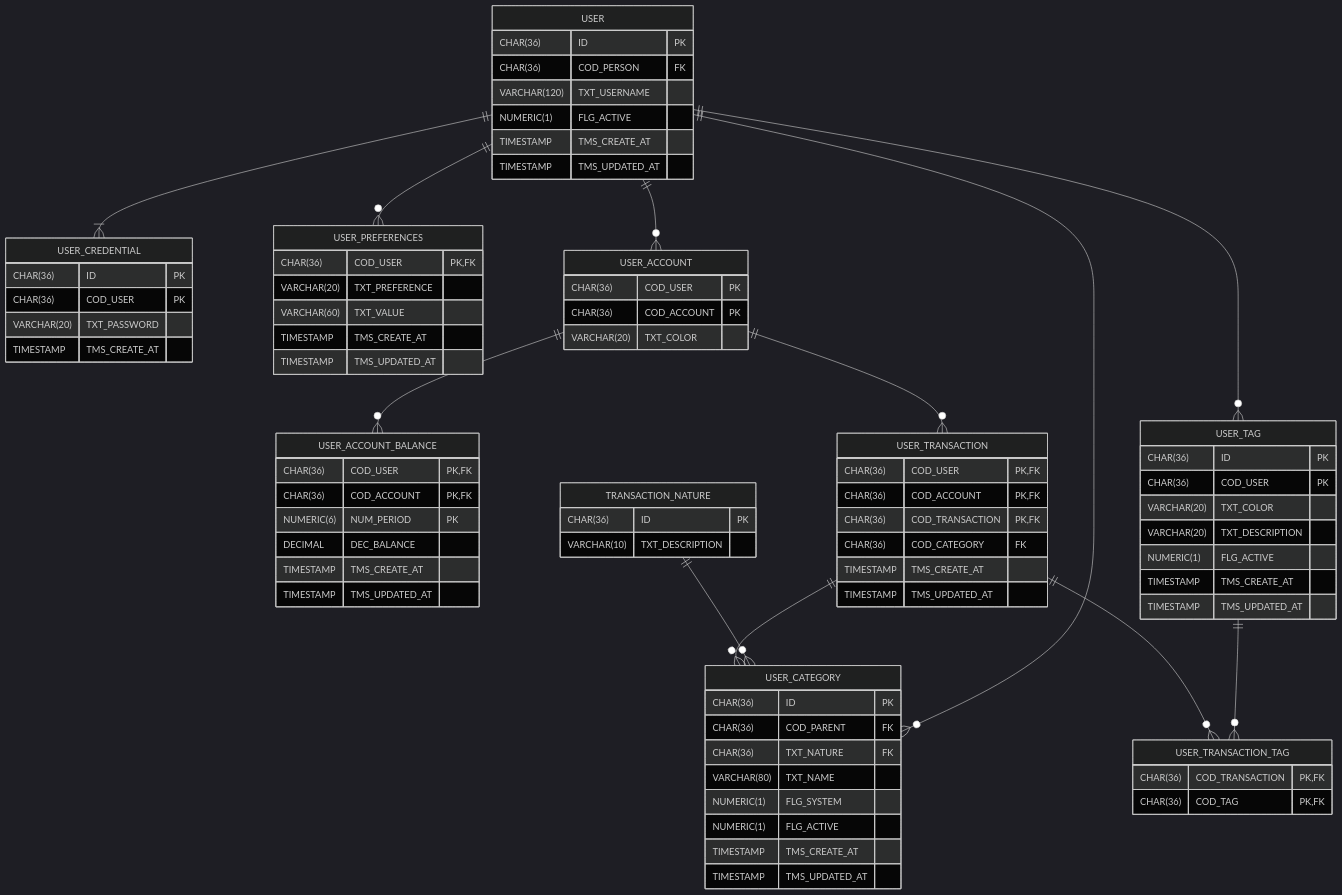
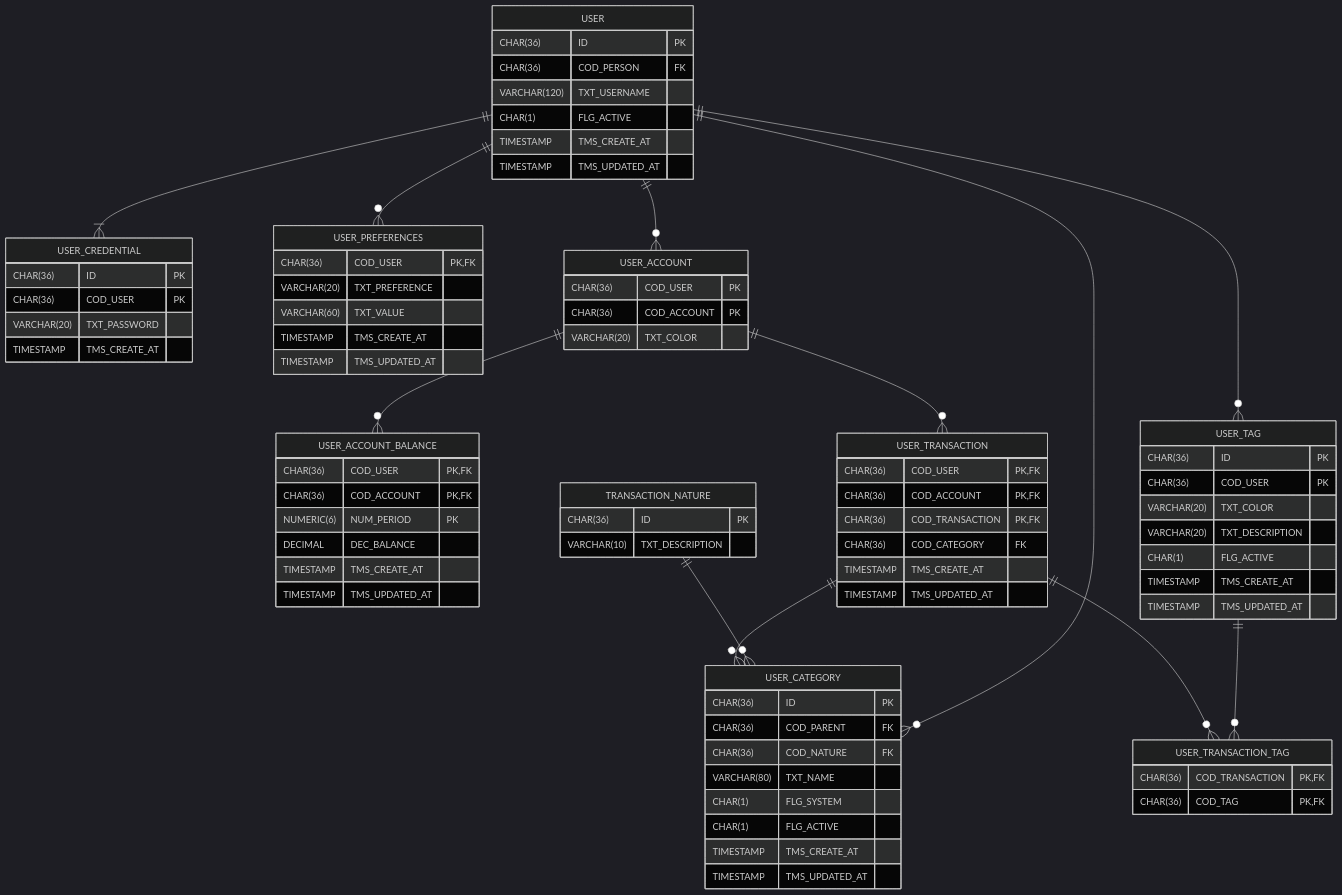
The diagram in docs/db-features.mermaid (bkaraujo/cdb-judas), drawn with Mermaid (dark theme) before and after one commit. The commit also changed 11 other files, not shown here.

First line of the commit message:
delete(docs): remove outdated architecture diagrams and functional decomposition docs

```diff
--- a/docs/db-features.mermaid
+++ b/docs/db-features.mermaid
@@ -1,98 +1,98 @@
  erDiagram
 
     USER {
         CHAR(36) ID PK
         CHAR(36) COD_PERSON FK
         VARCHAR(120) TXT_USERNAME
-        NUMERIC(1) FLG_ACTIVE
+        CHAR(1) FLG_ACTIVE
         TIMESTAMP TMS_CREATE_AT
         TIMESTAMP TMS_UPDATED_AT
     }
 
 %% Last 5 user's password
     USER_CREDENTIAL {
         CHAR(36) ID PK
         CHAR(36) COD_USER PK
         VARCHAR(20) TXT_PASSWORD
         TIMESTAMP TMS_CREATE_AT
     }
 
     USER ||--|{ USER_CREDENTIAL : ""
 
     USER_PREFERENCES {
         CHAR(36) COD_USER PK, FK
         VARCHAR(20) TXT_PREFERENCE
         VARCHAR(60) TXT_VALUE
         TIMESTAMP TMS_CREATE_AT
         TIMESTAMP TMS_UPDATED_AT
     }
     USER ||--o{ USER_PREFERENCES : ""
 
     USER_ACCOUNT {
         CHAR(36) COD_USER PK
         CHAR(36) COD_ACCOUNT PK
         VARCHAR(20) TXT_COLOR
     }
 
     USER ||--o{ USER_ACCOUNT : ""
 
     USER_ACCOUNT_BALANCE {
         CHAR(36) COD_USER PK, FK
         CHAR(36) COD_ACCOUNT PK, FK
         NUMERIC(6) NUM_PERIOD PK
         DECIMAL DEC_BALANCE
         TIMESTAMP TMS_CREATE_AT
         TIMESTAMP TMS_UPDATED_AT
     }
 
     USER_ACCOUNT ||--o{ USER_ACCOUNT_BALANCE : ""
 
     USER_TAG {
         CHAR(36) ID PK
         CHAR(36) COD_USER PK
         VARCHAR(20) TXT_COLOR
         VARCHAR(20) TXT_DESCRIPTION
-        NUMERIC(1) FLG_ACTIVE
+        CHAR(1) FLG_ACTIVE
         TIMESTAMP TMS_CREATE_AT
         TIMESTAMP TMS_UPDATED_AT
     }
     USER ||--o{ USER_TAG : ""
 
 %% EXPENSE, INCOME
     TRANSACTION_NATURE {
         CHAR(36) ID PK
         VARCHAR(10) TXT_DESCRIPTION
     }
 
     USER_CATEGORY {
         CHAR(36) ID PK
         CHAR(36) COD_PARENT FK
-        CHAR(36) TXT_NATURE FK
+        CHAR(36) COD_NATURE FK
         VARCHAR(80) TXT_NAME
-        NUMERIC(1) FLG_SYSTEM
-        NUMERIC(1) FLG_ACTIVE
+        CHAR(1) FLG_SYSTEM
+        CHAR(1) FLG_ACTIVE
         TIMESTAMP TMS_CREATE_AT
         TIMESTAMP TMS_UPDATED_AT
     }
 
     USER ||--o{ USER_CATEGORY : ""
     TRANSACTION_NATURE ||--o{ USER_CATEGORY : ""
 
     USER_TRANSACTION {
         CHAR(36) COD_USER PK, FK
         CHAR(36) COD_ACCOUNT PK, FK
         CHAR(36) COD_TRANSACTION PK, FK
         CHAR(36) COD_CATEGORY FK
         TIMESTAMP TMS_CREATE_AT
         TIMESTAMP TMS_UPDATED_AT
     }
 
      USER_ACCOUNT ||--o{ USER_TRANSACTION: ""
      USER_TRANSACTION ||--o{ USER_CATEGORY : ""
 
     USER_TRANSACTION_TAG {
         CHAR(36) COD_TRANSACTION PK, FK
         CHAR(36) COD_TAG PK, FK
     }
     USER_TAG ||--o{ USER_TRANSACTION_TAG : ""
     USER_TRANSACTION ||--o{ USER_TRANSACTION_TAG : ""
```
